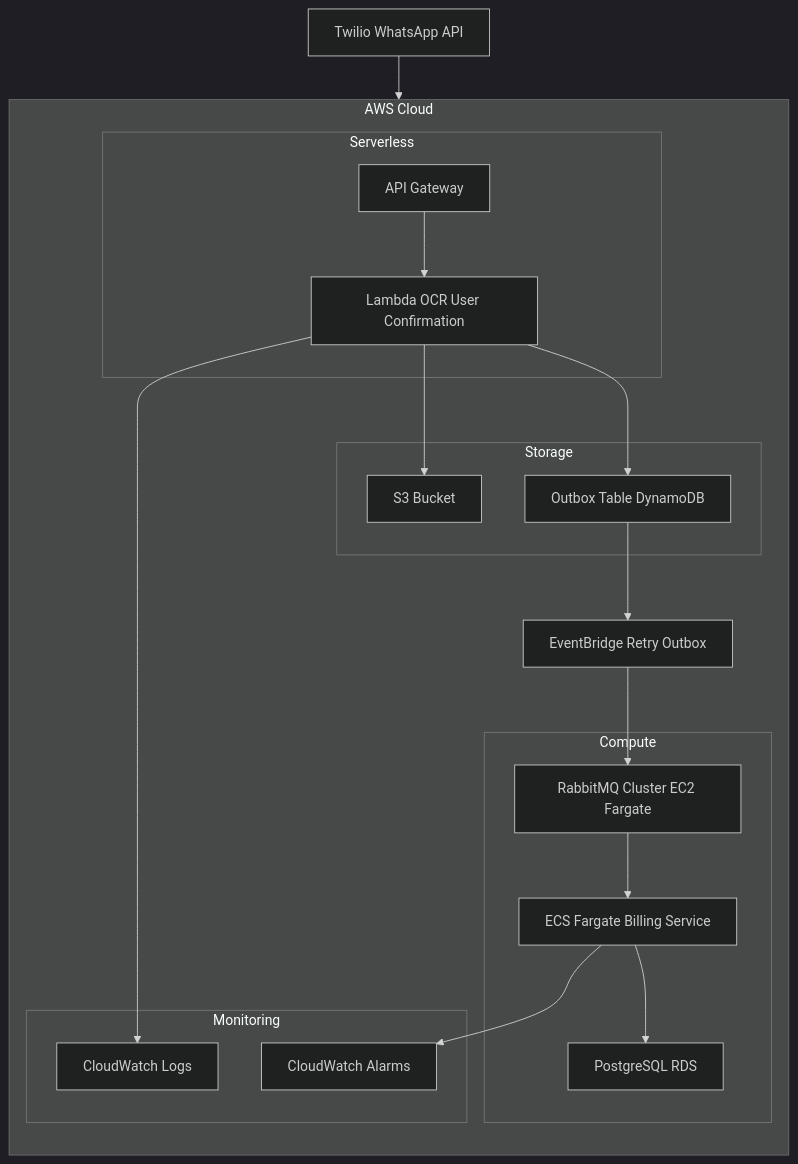
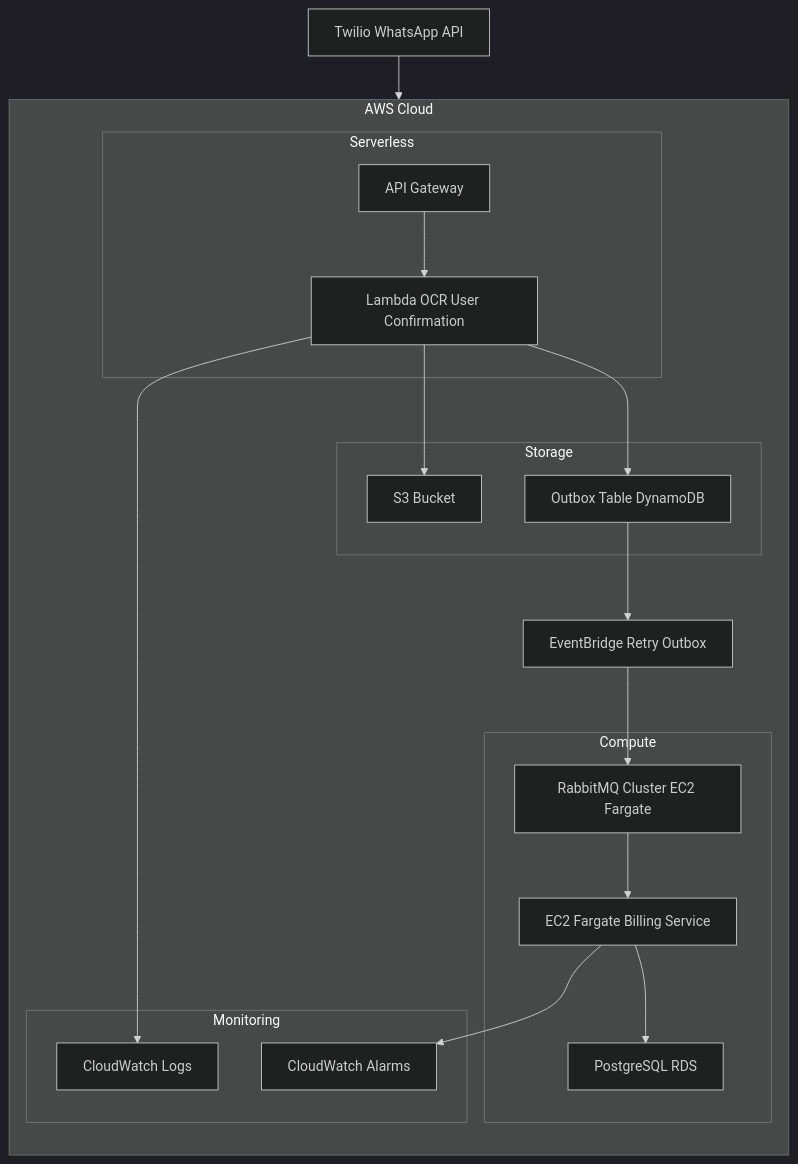
Before and after one commit to Mphozazo/Whatsapp-meter-reading-system: the sixth of 6 diagrams in README.md, drawn with Mermaid (dark theme).

Commit message:
Update billing service description in README

````diff
--- a/README.md
+++ b/README.md
@@ -437,52 +437,52 @@
 ```mermaid
 flowchart TB
     %% External
     Twilio[Twilio WhatsApp API]
 
     %% AWS Cloud
     subgraph AWS["AWS Cloud"]
         direction TB
 
         %% Serverless
         subgraph Serverless["Serverless"]
             APIGW[API Gateway]
             Lambda[Lambda OCR User Confirmation]
         end
 
         %% Storage
         subgraph Storage["Storage"]
             S3[S3 Bucket]
             Outbox[Outbox Table DynamoDB]
         end
 
         %% Event-driven retry
         EventBridge[EventBridge Retry Outbox]
 
         %% Compute
         subgraph Compute["Compute"]
             RabbitMQ[RabbitMQ Cluster EC2 Fargate]
-            Billing[ECS Fargate Billing Service]
+            Billing[EC2 Fargate Billing Service]
             RDS[PostgreSQL RDS]
         end
 
         %% Monitoring
         subgraph Monitoring["Monitoring"]
             CloudWatch[CloudWatch Logs]
             Alarms[CloudWatch Alarms]
         end
     end
 
     %% Connections
     Twilio --> APIGW
     APIGW --> Lambda
     Lambda --> S3
     Lambda --> CloudWatch
     Billing --> RDS
     Billing --> Alarms
 
     %% Main message flow
     Lambda --> Outbox
     Outbox --> EventBridge
     EventBridge --> RabbitMQ
     RabbitMQ --> Billing
   ```
````
